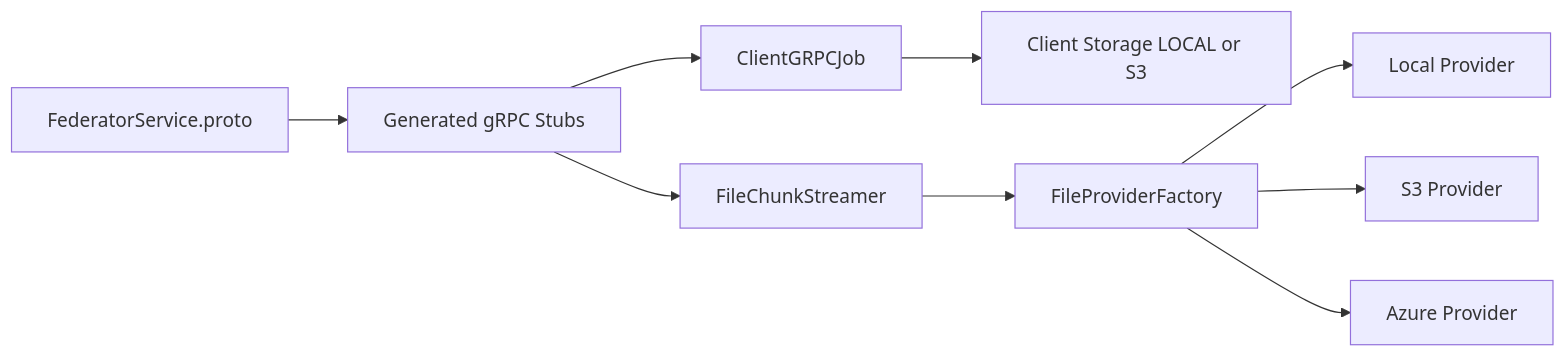
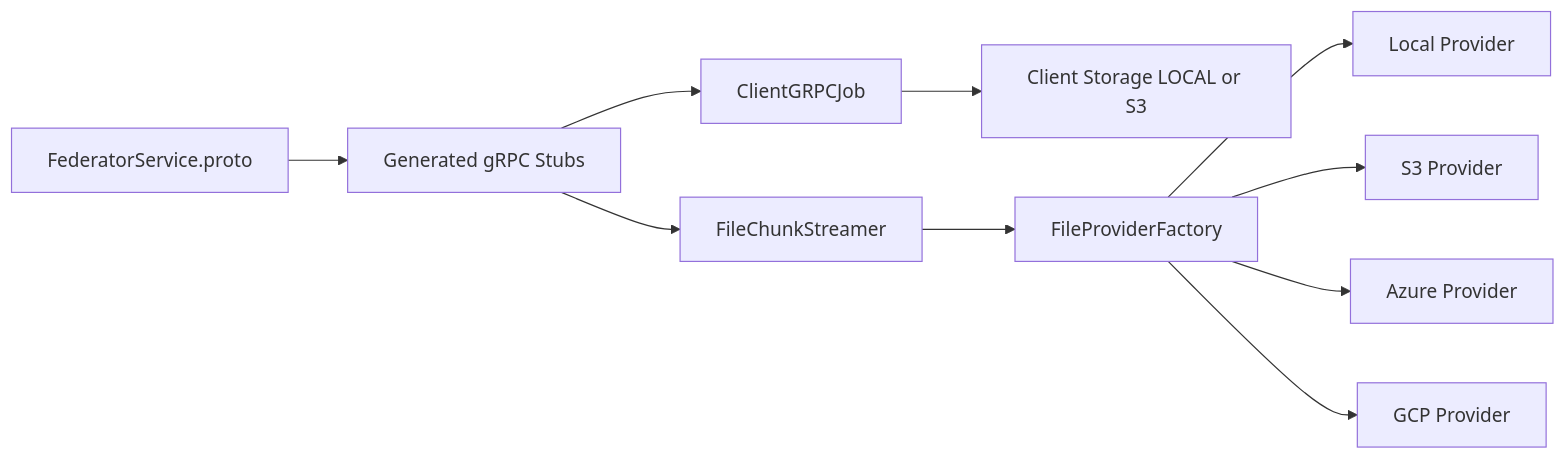
The tenth of 10 diagrams in docs/FILE_STREAMINING_README.md (National-Digital-Twin/federator), drawn with Mermaid before and after one commit. The commit also changed other lines of this file and 11 other files, not shown here.

````diff
--- a/docs/FILE_STREAMINING_README.md
+++ b/docs/FILE_STREAMINING_README.md
@@ -533,11 +585,12 @@
 ```mermaid
 flowchart LR
     Proto[FederatorService.proto] --> Gen[Generated gRPC Stubs]
     Gen --> Server[FileChunkStreamer]
     Gen --> Client[ClientGRPCJob]
     Client --> CStore[Client Storage LOCAL or S3]
     Server --> SProv[FileProviderFactory]
     SProv --> LProv[Local Provider]
     SProv --> S3Prov[S3 Provider]
     SProv --> AzProv[Azure Provider]
+    SProv --> GCPProv[GCP Provider]
 ```
````
